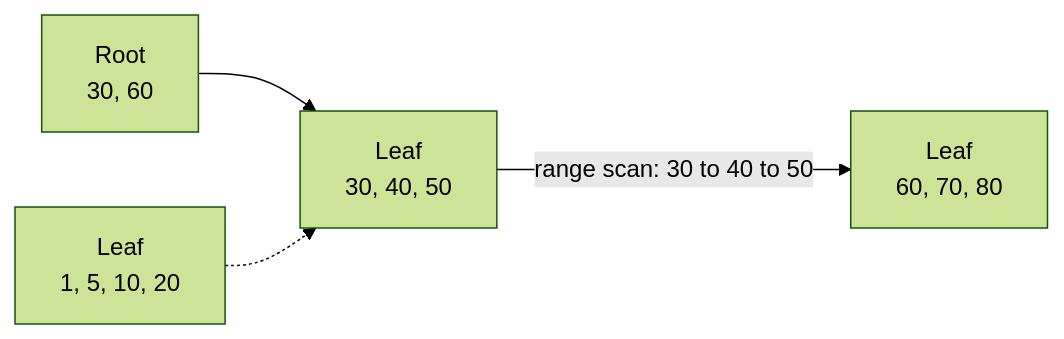
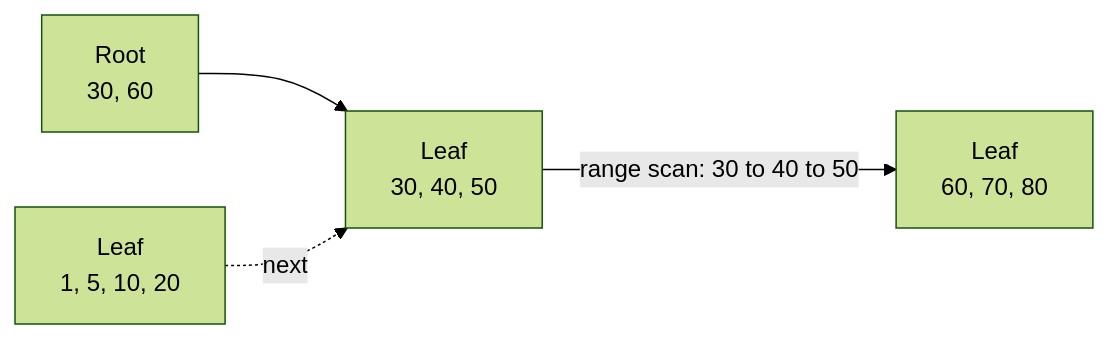
One commit to KROOKIMWOOBIN/study changed the fifth of 8 diagrams in docs/db/성능운영/인덱스/B-Tree.md. Above: the diagram before and after it, drawn with Mermaid (forest theme). The commit also changed other lines of this file, not shown here.

````diff
--- a/docs/db/성능운영/인덱스/B-Tree.md
+++ b/docs/db/성능운영/인덱스/B-Tree.md
@@ -275,11 +285,11 @@
 ```mermaid
 flowchart LR
     R["Root<br/>30, 60"]
     L1["Leaf<br/>1, 5, 10, 20"]
     L2["Leaf<br/>30, 40, 50"]
     L3["Leaf<br/>60, 70, 80"]
 
     R --> L2
-    L1 -.-> L2
+    L1 -. "next" .-> L2
     L2 -->|"range scan: 30 to 40 to 50"| L3
 ```
````
